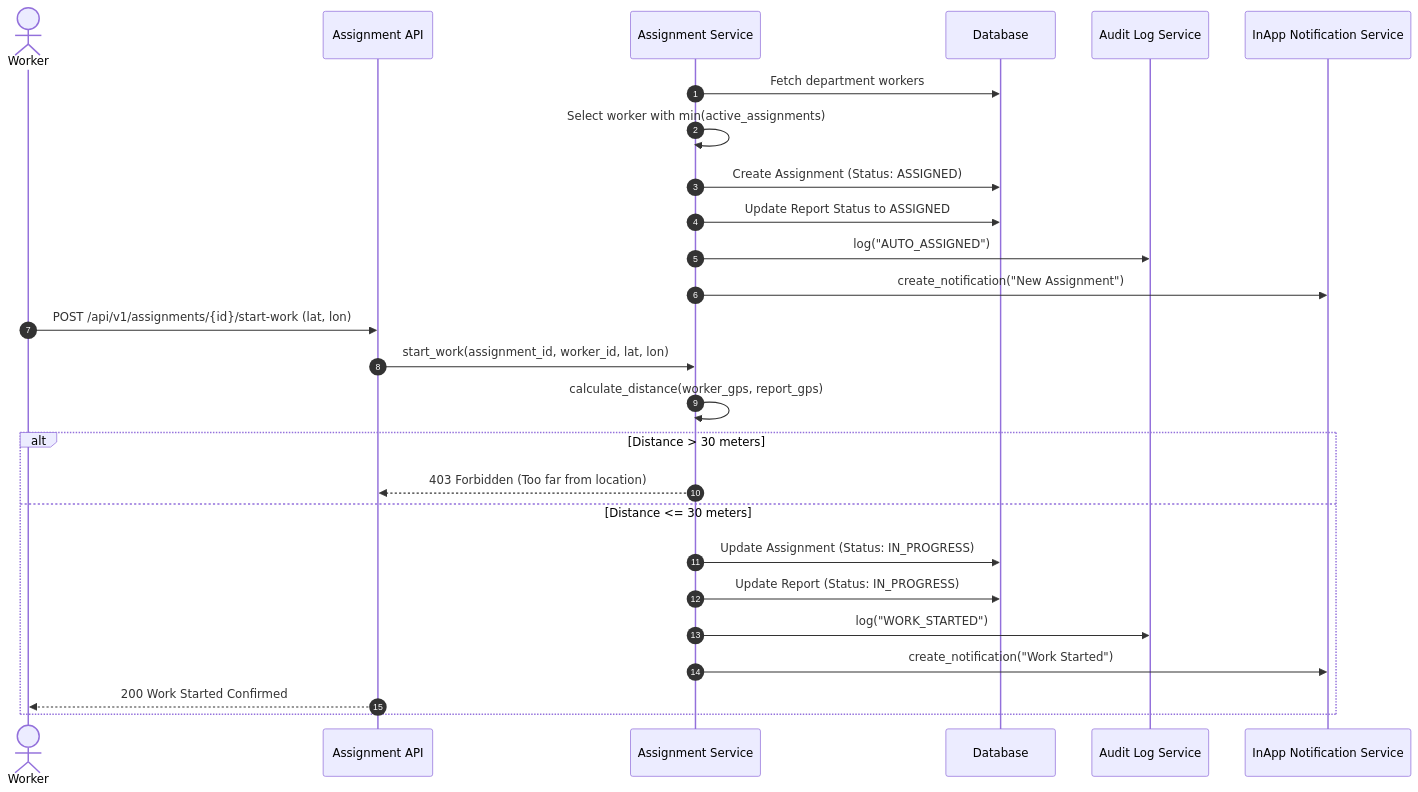
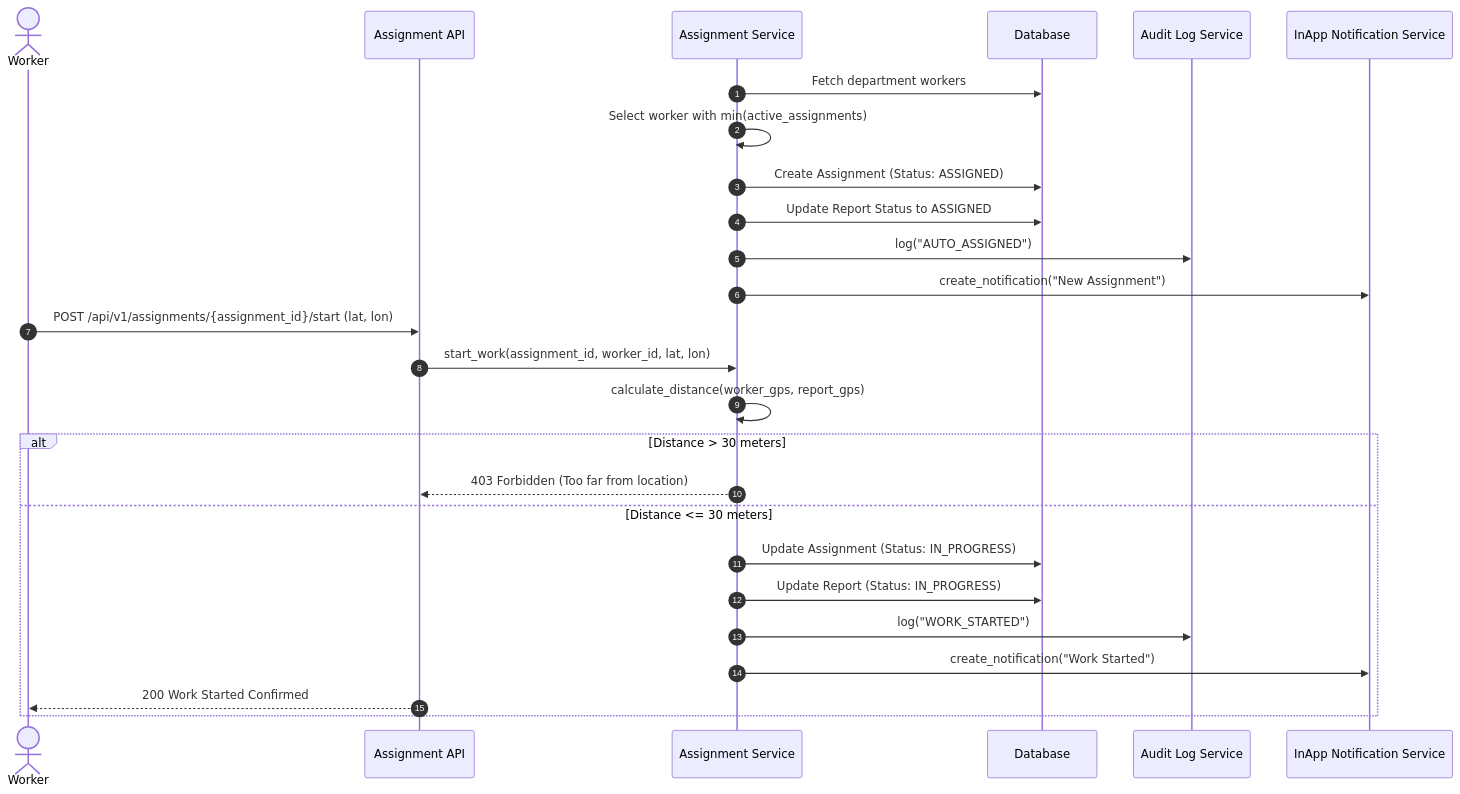
One commit to AbhishekVishwakarma2027/CSCRS changed the ninth of 18 diagrams in docs/ARCHITECTURE.md. Above: the diagram before and after it, drawn with Mermaid. The commit also changed other lines of this file and 35 other files, not shown here.

````diff
--- a/docs/ARCHITECTURE.md
+++ b/docs/ARCHITECTURE.md
@@ -271,30 +271,30 @@
 ```mermaid
 sequenceDiagram
     autonumber
     actor Worker
     participant AssignAPI as Assignment API
     participant AssignSvc as Assignment Service
     participant DB as Database
     participant Audit as Audit Log Service
     participant Notif as InApp Notification Service
 
     AssignSvc->>DB: Fetch department workers
     AssignSvc->>AssignSvc: Select worker with min(active_assignments)
     AssignSvc->>DB: Create Assignment (Status: ASSIGNED)
     AssignSvc->>DB: Update Report Status to ASSIGNED
     AssignSvc->>Audit: log("AUTO_ASSIGNED")
     AssignSvc->>Notif: create_notification("New Assignment")
 
-    Worker->>AssignAPI: POST /api/v1/assignments/{id}/start-work (lat, lon)
+    Worker->>AssignAPI: POST /api/v1/assignments/{assignment_id}/start (lat, lon)
     AssignAPI->>AssignSvc: start_work(assignment_id, worker_id, lat, lon)
     AssignSvc->>AssignSvc: calculate_distance(worker_gps, report_gps)
     alt Distance > 30 meters
         AssignSvc-->>AssignAPI: 403 Forbidden (Too far from location)
     else Distance <= 30 meters
         AssignSvc->>DB: Update Assignment (Status: IN_PROGRESS)
         AssignSvc->>DB: Update Report (Status: IN_PROGRESS)
         AssignSvc->>Audit: log("WORK_STARTED")
         AssignSvc->>Notif: create_notification("Work Started")
         AssignAPI-->>Worker: 200 Work Started Confirmed
     end
 ```
````
